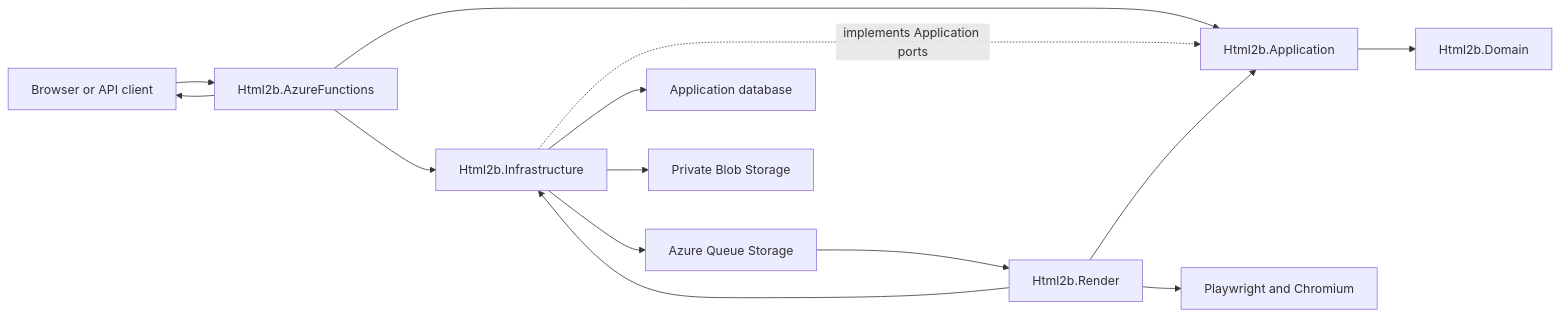
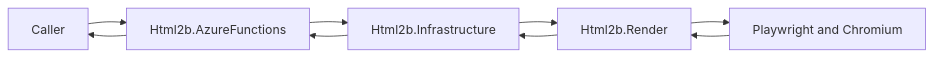
Before and after one commit to george-pov/html2b: the first of 2 diagrams in docs/api/architecture.md, drawn with Mermaid. The commit also changed other lines of this file and 6 other files, not shown here.

````diff
--- a/docs/api/architecture.md
+++ b/docs/api/architecture.md
@@ -74,16 +16,11 @@
 ```mermaid
 flowchart LR
-    Caller["Browser or API client"] --> Api["Html2b.AzureFunctions"]
-    Api --> App["Html2b.Application"]
-    Api --> Infra["Html2b.Infrastructure"]
-    App --> Domain["Html2b.Domain"]
-    Infra -.->|implements Application ports| App
-    Infra --> Sql["Application database"]
-    Infra --> Blob["Private Blob Storage"]
-    Infra --> Queue["Azure Queue Storage"]
-    Queue --> Render["Html2b.Render"]
-    Render --> App
+    Caller["Caller"] --> Functions["Html2b.AzureFunctions"]
+    Functions --> Infrastructure["Html2b.Infrastructure"]
+    Infrastructure --> Render["Html2b.Render"]
     Render --> Chromium["Playwright and Chromium"]
-    Render --> Infra
-    Api --> Caller
+    Chromium --> Render
+    Render --> Infrastructure
+    Infrastructure --> Functions
+    Functions --> Caller
 ```
````
